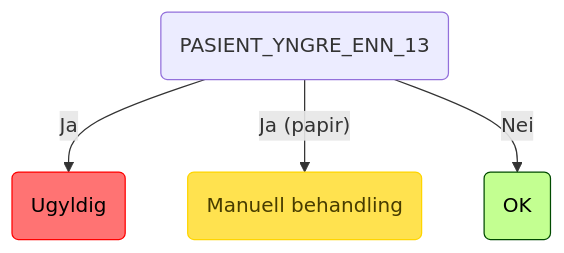
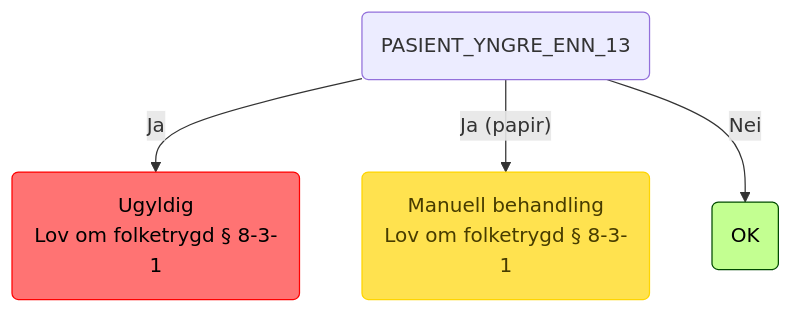
Before and after one commit to navikt/regulus-regula: the sixth of 8 diagrams in README.md, drawn with Mermaid. The commit also changed other lines of this file and 1 other file, not shown here.

Commit message:
chore: update mermaid generation to use node based juridisk henvisning

````diff
--- a/README.md
+++ b/README.md
@@ -165,9 +183,11 @@
 ```mermaid
 graph TD
-    root(PASIENT_YNGRE_ENN_13) -->|Ja| root_PASIENT_YNGRE_ENN_13_INVALID(Ugyldig):::invalid
-    root(PASIENT_YNGRE_ENN_13) -->|"Ja (papir)"| root_PASIENT_YNGRE_ENN_13_INVALID_papir(Manuell behandling):::manuell
+    root(PASIENT_YNGRE_ENN_13) -->|Ja| root_PASIENT_YNGRE_ENN_13_INVALID(Ugyldig
+Lov om folketrygd § 8-3-1):::invalid
+    root(PASIENT_YNGRE_ENN_13) -->|"Ja (papir)"| root_PASIENT_YNGRE_ENN_13_INVALID_papir(Manuell behandling
+Lov om folketrygd § 8-3-1):::manuell
     root(PASIENT_YNGRE_ENN_13) -->|Nei| root_PASIENT_YNGRE_ENN_13_OK(OK):::ok
     classDef ok fill:#c3ff91,stroke:#004a00,color: black;
     classDef invalid fill:#ff7373,stroke:#ff0000,color: black;
     classDef manuell fill:#ffe24f,stroke:#ffd500,color: #473c00;
 ```
````
